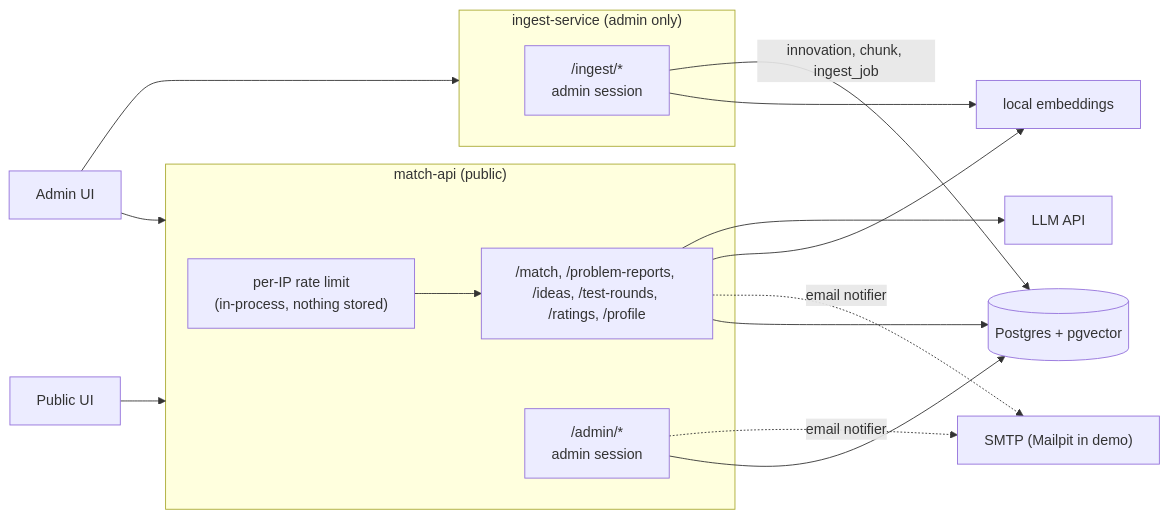
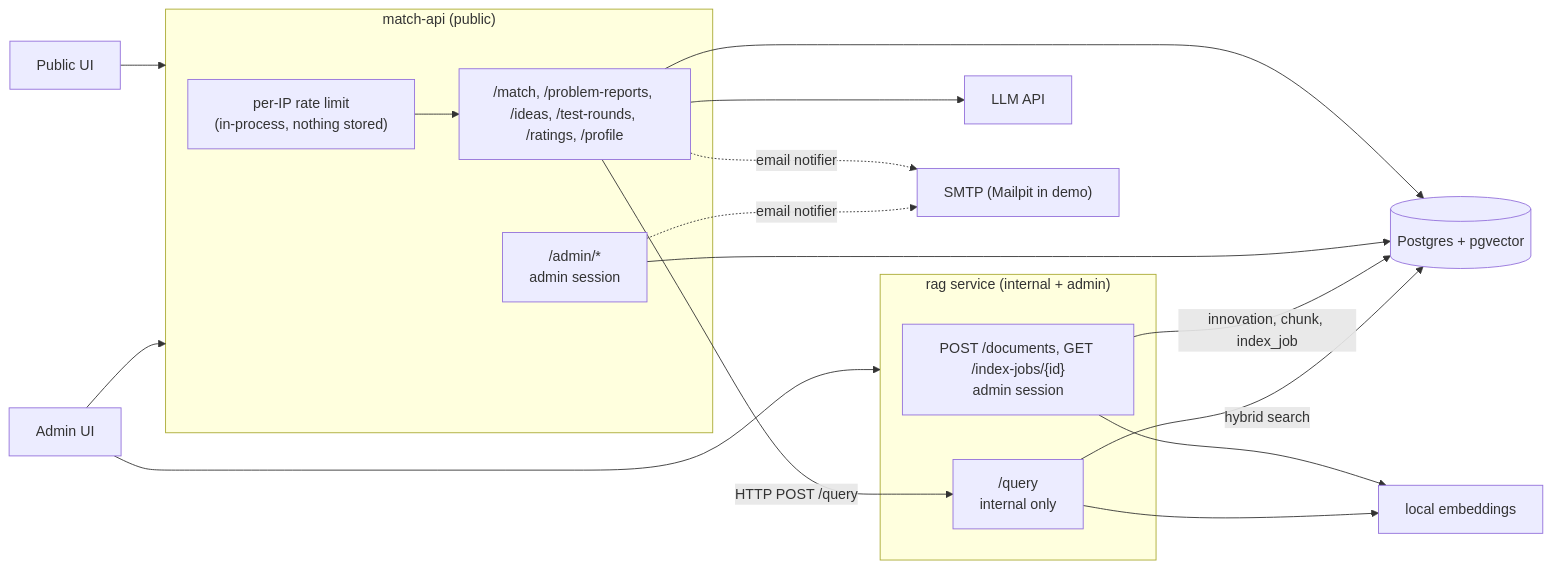
The first of 4 diagrams in documentation/backend/architecture.md (DziadBud/HackYeah2026), drawn with Mermaid before and after one commit. The commit also changed other lines of this file and 5 other files, not shown here.

First line of the commit message:
docs: document the rag service and keep docs in sync with decisions (#9)

````diff
--- a/documentation/backend/architecture.md
+++ b/documentation/backend/architecture.md
@@ -13,28 +13,31 @@
 ```mermaid
 flowchart LR
     PUI[Public UI] --> API
     AUI[Admin UI] --> API
-    AUI --> ING
+    AUI --> RAG
 
     subgraph API["match-api (public)"]
         RL["per-IP rate limit<br/>(in-process, nothing stored)"]
         PUB["/match, /problem-reports, /ideas, /test-rounds, /ratings, /profile"]
         ADM["/admin/*<br/>admin session"]
     end
 
-    subgraph ING["ingest-service (admin only)"]
-        IMP["/ingest/*<br/>admin session"]
+    subgraph RAG["rag service (internal + admin)"]
+        IMP["POST /documents, GET /index-jobs/{id}<br/>admin session"]
+        QRY["/query<br/>internal only"]
     end
 
     DB[("Postgres + pgvector")]
     LLM[LLM API]
     EMB[local embeddings]
     SMTP["SMTP (Mailpit in demo)"]
 
     RL --> PUB
     PUB & ADM --> DB
     PUB & ADM -. "email notifier" .-> SMTP
-    PUB --> EMB & LLM
-    IMP --> EMB
-    IMP -- "innovation, chunk, ingest_job" --> DB
+    PUB -- "HTTP POST /query" --> QRY
+    PUB --> LLM
+    IMP & QRY --> EMB
+    IMP -- "innovation, chunk, index_job" --> DB
+    QRY -- "hybrid search" --> DB
 ```
````
